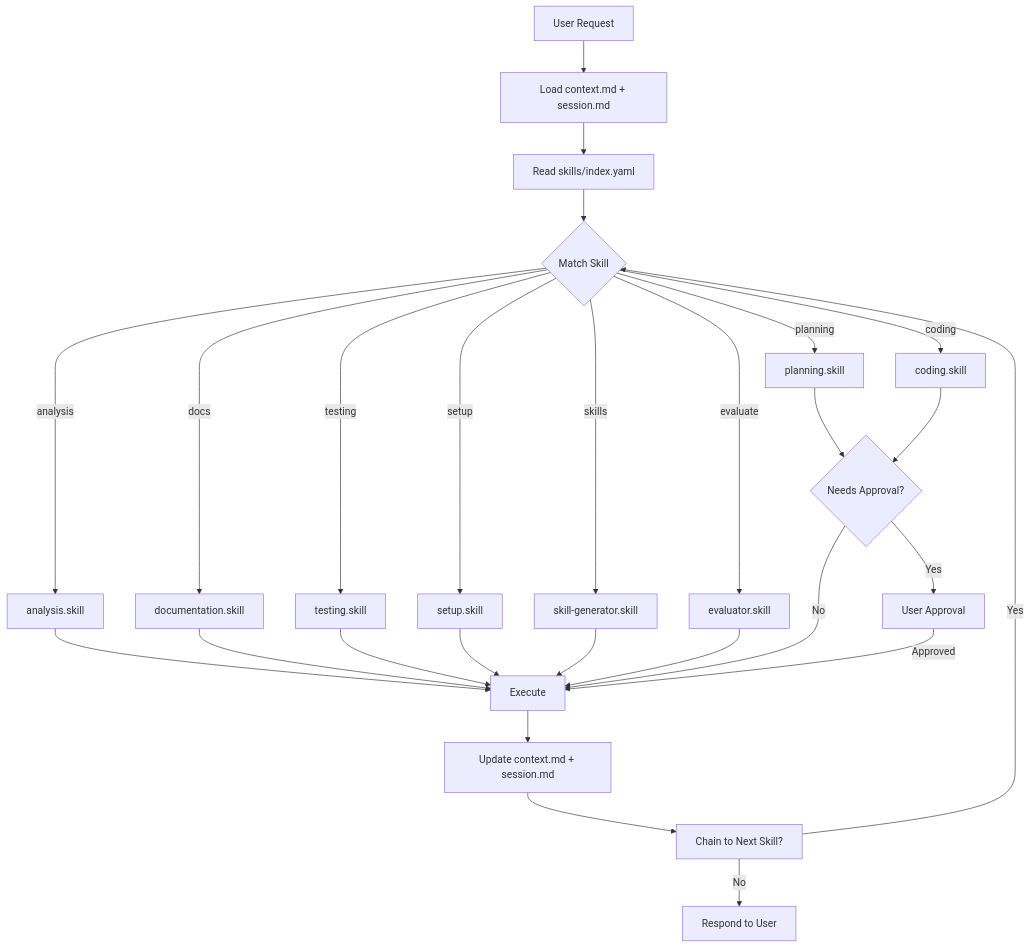
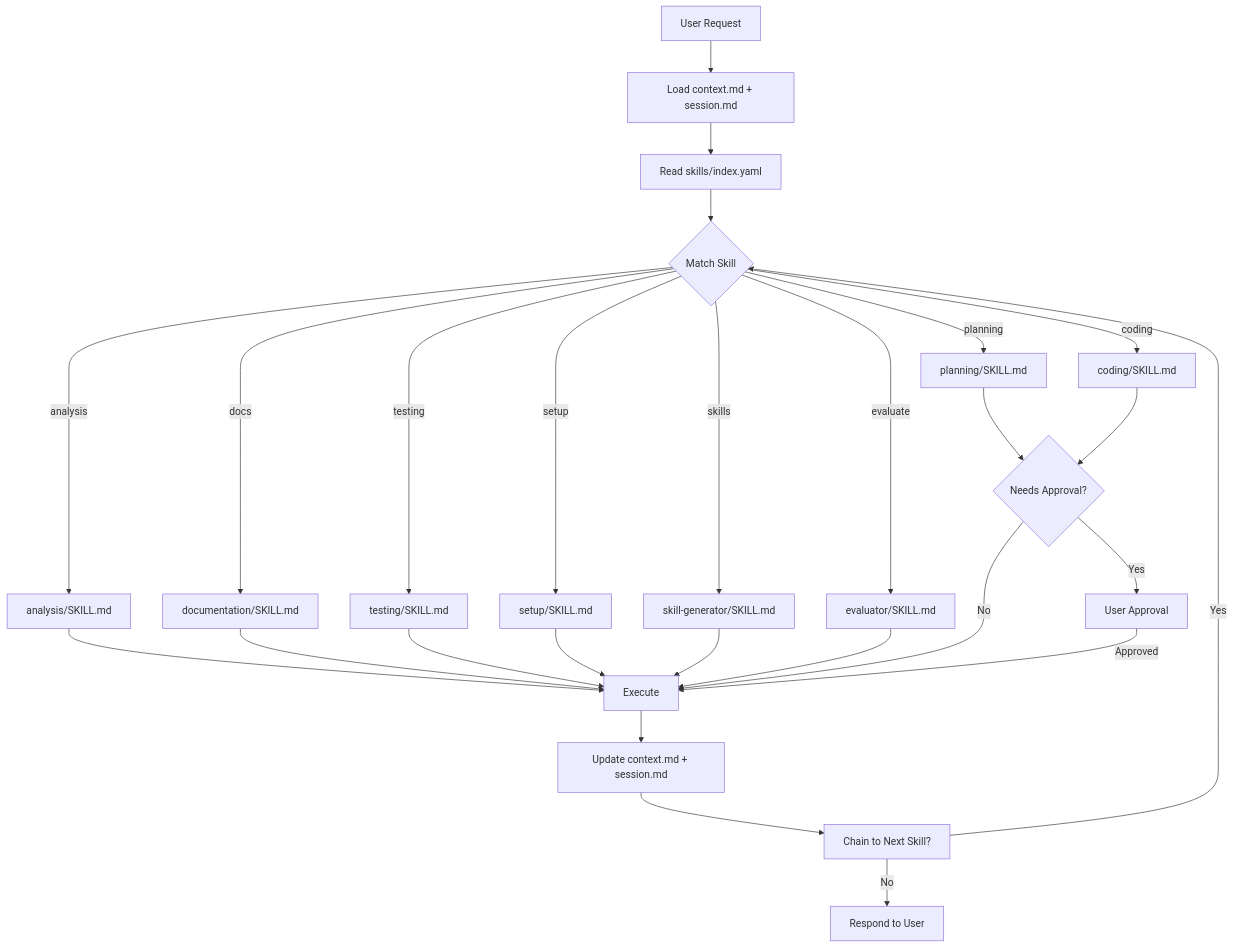
One commit to neyrojasj/smart-agent changed the diagram in README.md. Above: the diagram before and after it, drawn with Mermaid. The commit also changed other lines of this file and 3 other files, not shown here.

First line of the commit message:
fix: audit fixes — evaluator in README, coding version, clean templates, mermaid labels

````diff
--- a/README.md
+++ b/README.md
@@ -279,29 +280,29 @@
 ```mermaid
 graph TD
     A[User Request] --> B[Load context.md + session.md]
     B --> C[Read skills/index.yaml]
     C --> D{Match Skill}
-    D -->|planning| E[planning.skill]
-    D -->|coding| F[coding.skill]
-    D -->|analysis| G[analysis.skill]
-    D -->|docs| H[documentation.skill]
-    D -->|testing| I[testing.skill]
-    D -->|setup| S[setup.skill]
-    D -->|skills| SG[skill-generator.skill]
-    D -->|evaluate| EV[evaluator.skill]
+    D -->|planning| E[planning/SKILL.md]
+    D -->|coding| F[coding/SKILL.md]
+    D -->|analysis| G[analysis/SKILL.md]
+    D -->|docs| H[documentation/SKILL.md]
+    D -->|testing| I[testing/SKILL.md]
+    D -->|setup| S[setup/SKILL.md]
+    D -->|skills| SG[skill-generator/SKILL.md]
+    D -->|evaluate| EV[evaluator/SKILL.md]
     E --> J{Needs Approval?}
     F --> J
     G --> K[Execute]
     H --> K
     I --> K
     S --> K
     SG --> K
     EV --> K
     J -->|Yes| L[User Approval]
     J -->|No| K
     L -->|Approved| K
     K --> M[Update context.md + session.md]
     M --> N[Chain to Next Skill?]
     N -->|Yes| D
     N -->|No| O[Respond to User]
 ```
````
